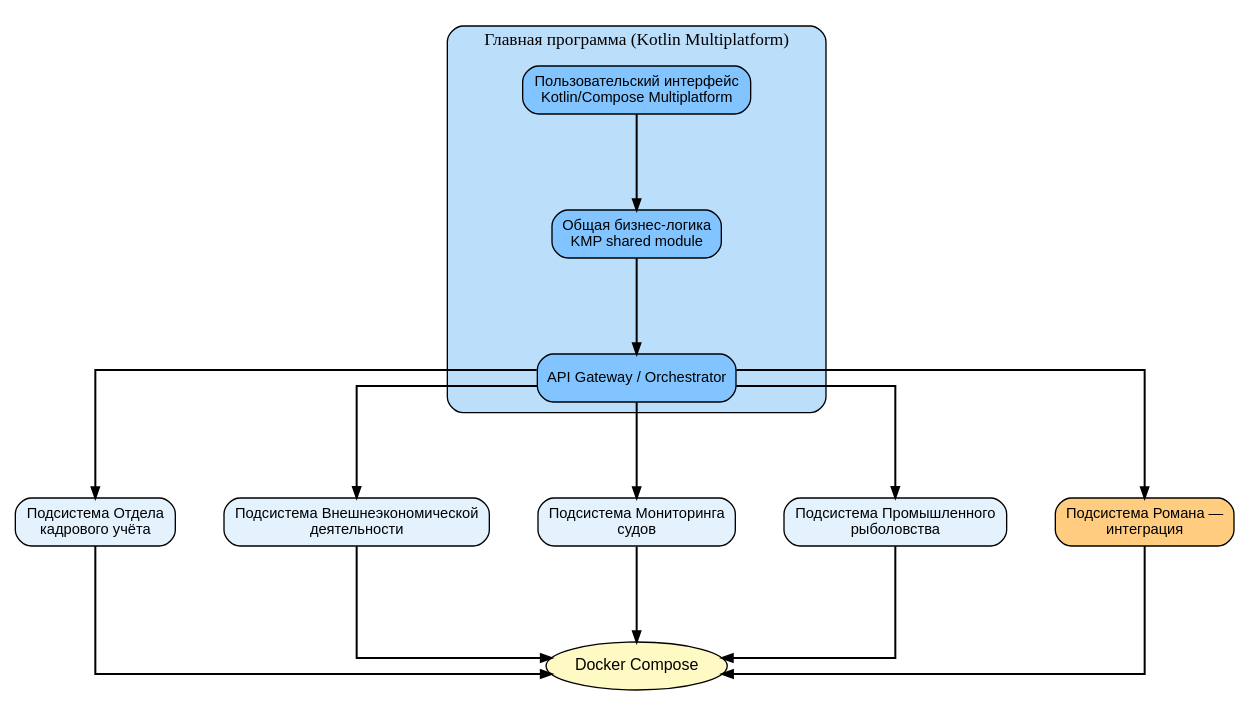
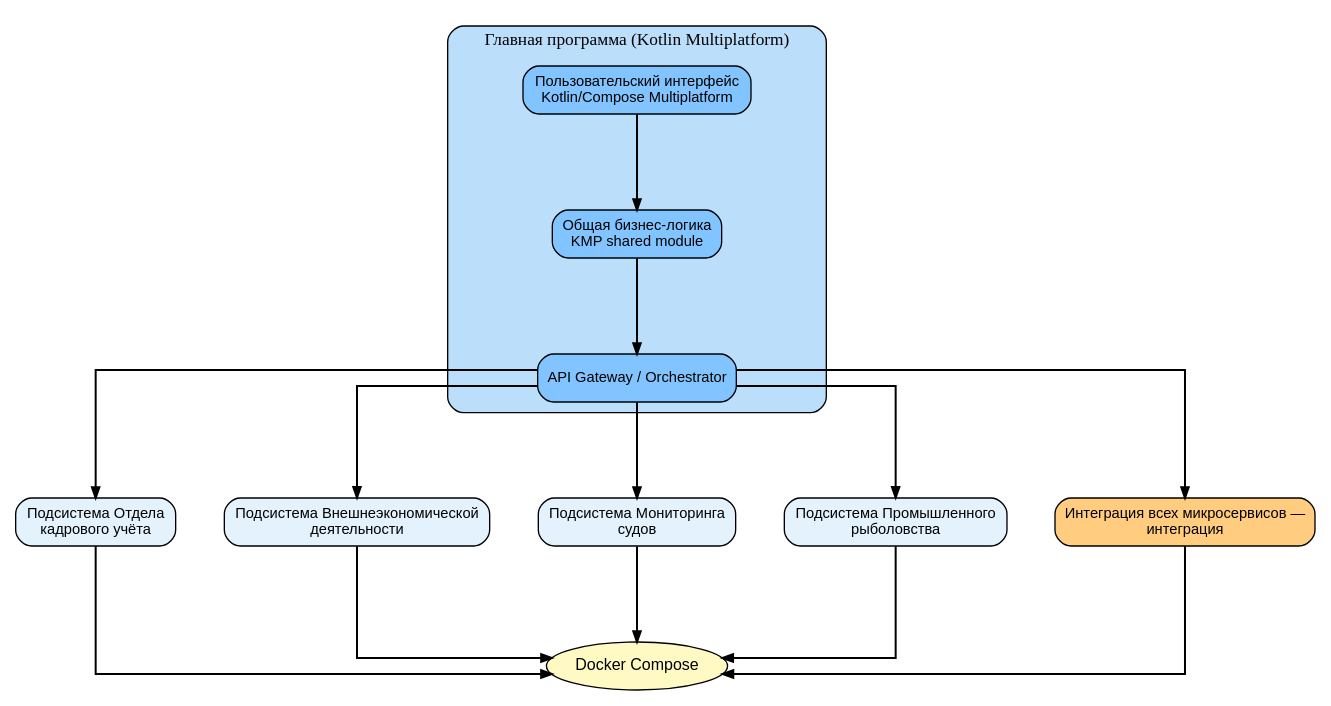
The diagram in docs/diagrams/architecture.dot (nnxlxde-stack/OceanFish), drawn with Graphviz before and after one commit.

Commit message:
diagrams: обновление схемы

```diff
--- a/docs/diagrams/architecture.dot
+++ b/docs/diagrams/architecture.dot
@@ -1,56 +1,56 @@
 digraph OceanFish_Architecture {
     rankdir=TB
     compound=true
     splines=ortho
     nodesep=0.5
     ranksep=1.0
 
     node [shape=box, style="rounded,filled", fillcolor="#E3F2FD", fontsize=11, fontname="Arial"]
     edge [arrowsize=0.8, penwidth=1.5]
 
     subgraph cluster_main {
         label="Главная программа (Kotlin Multiplatform)"
         labeljust="l"
         fontsize=13
         fontname="Arial Bold"
         fillcolor="#BBDEFB"
         style="rounded,filled"
 
         UI [label="Пользовательский интерфейс\nKotlin/Compose Multiplatform", fillcolor="#81C4FF"]
         Core [label="Общая бизнес-логика\nKMP shared module", fillcolor="#81C4FF"]
         Gateway [label="API Gateway / Orchestrator", fillcolor="#81C4FF"]
 
         UI -> Core [style=bold]
         Core -> Gateway [style=bold]
     }
     subgraph cluster_micro {
         label="Микросервисы"
         labeljust="l"
         fontsize=13
         fontname="Arial Bold"
         fillcolor="#C8E6C9"
         style="rounded,filled"
 
         HR [label="Подсистема Отдела\nкадрового учёта"]
         VED [label="Подсистема Внешнеэкономической\nдеятельности"]
         Monitoring [label="Подсистема Мониторинга\nсудов"]
         Fishing [label="Подсистема Промышленного\nрыболовства"]
-        User [label="Подсистема Романа —\nинтеграция", fillcolor="#FFCC80"]
+        User [label="Интеграция всех микросервисов —\nинтеграция", fillcolor="#FFCC80"]
     }
 
     Docker [label="Docker Compose", shape=ellipse, fillcolor="#FFF9C4", fontsize=12, style="filled"]
 
     Gateway -> HR
     Gateway -> VED
     Gateway -> Monitoring
     Gateway -> Fishing
     Gateway -> User
 
     HR -> Docker
     VED -> Docker
     Monitoring -> Docker
     Fishing -> Docker
     User -> Docker
 
     { rank=same; HR; VED; Monitoring; Fishing; User }
 }
```
